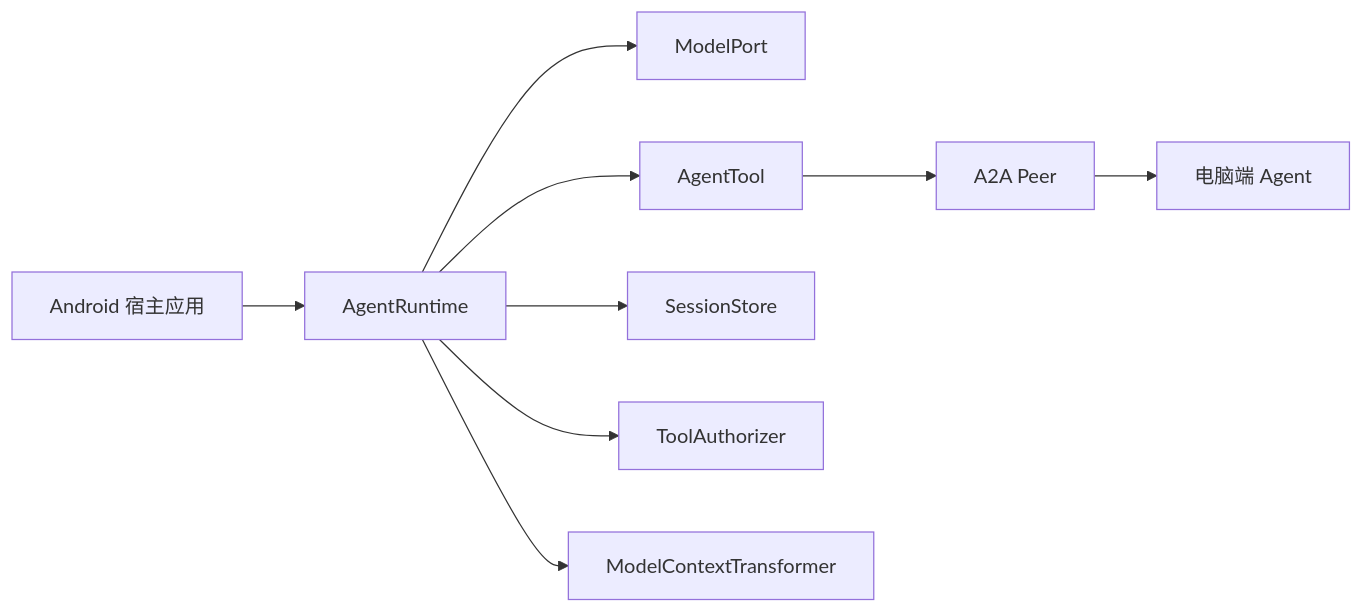
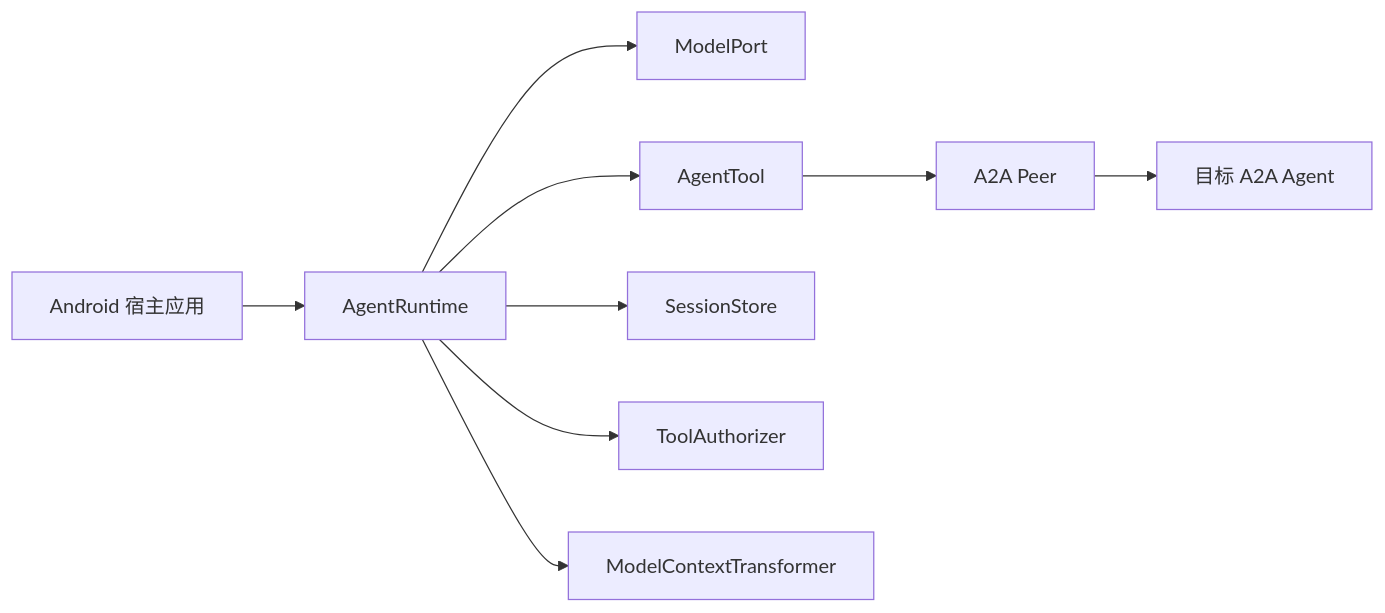
One commit to qhvssonic/kiora changed the diagram in docs/architecture.md. Above: the diagram before and after it, drawn with Mermaid. The commit also changed other lines of this file and 4 other files, not shown here.

````diff
--- a/docs/architecture.md
+++ b/docs/architecture.md
@@ -5,11 +5,11 @@
 ```mermaid
 flowchart LR
     App[Android 宿主应用] --> Runtime[AgentRuntime]
     Runtime --> Model[ModelPort]
     Runtime --> Tools[AgentTool]
     Runtime --> Store[SessionStore]
     Runtime --> Policy[ToolAuthorizer]
     Runtime --> Context[ModelContextTransformer]
     Tools --> A2A[A2A Peer]
-    A2A --> Desktop[电脑端 Agent]
+    A2A --> Peer[目标 A2A Agent]
 ```
````
